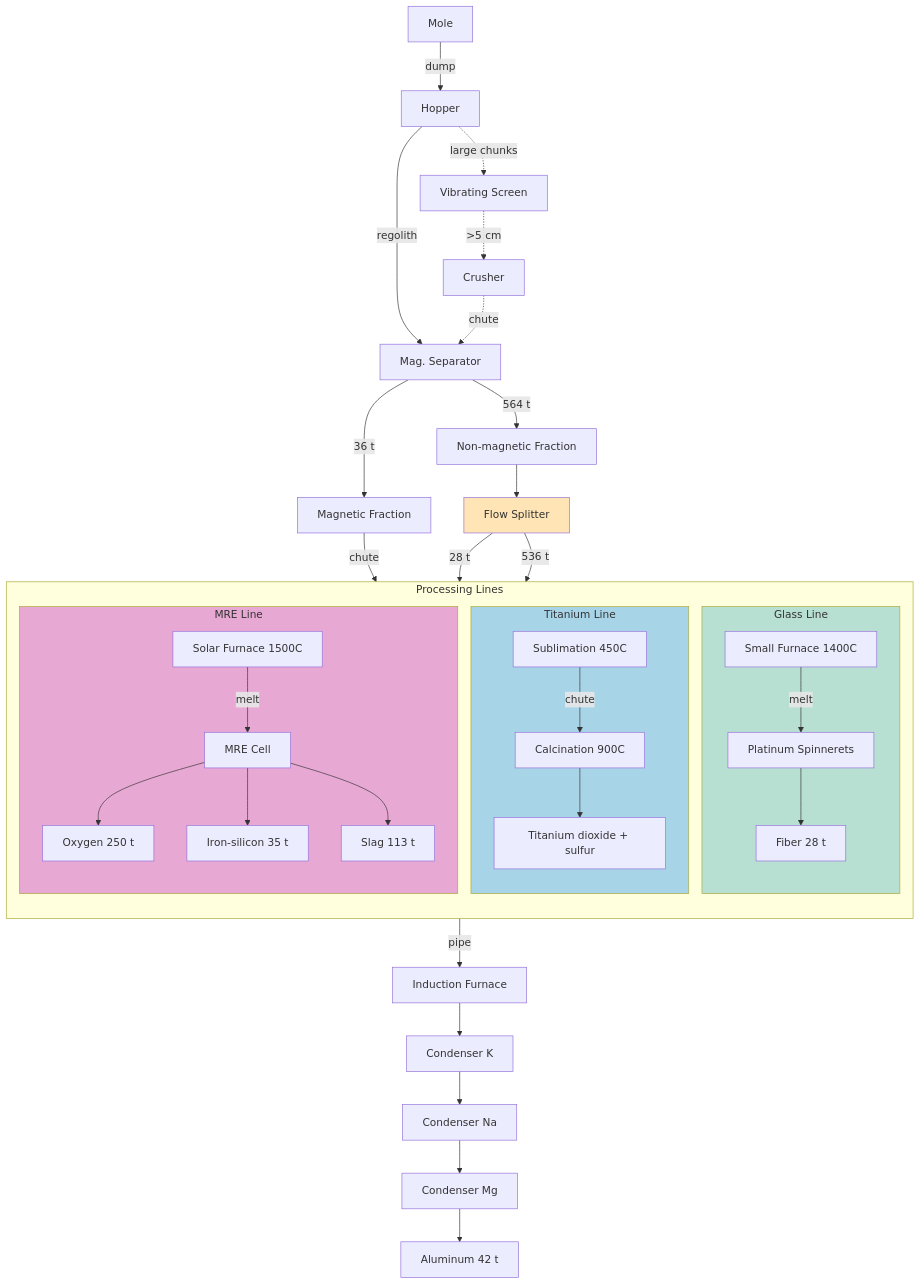
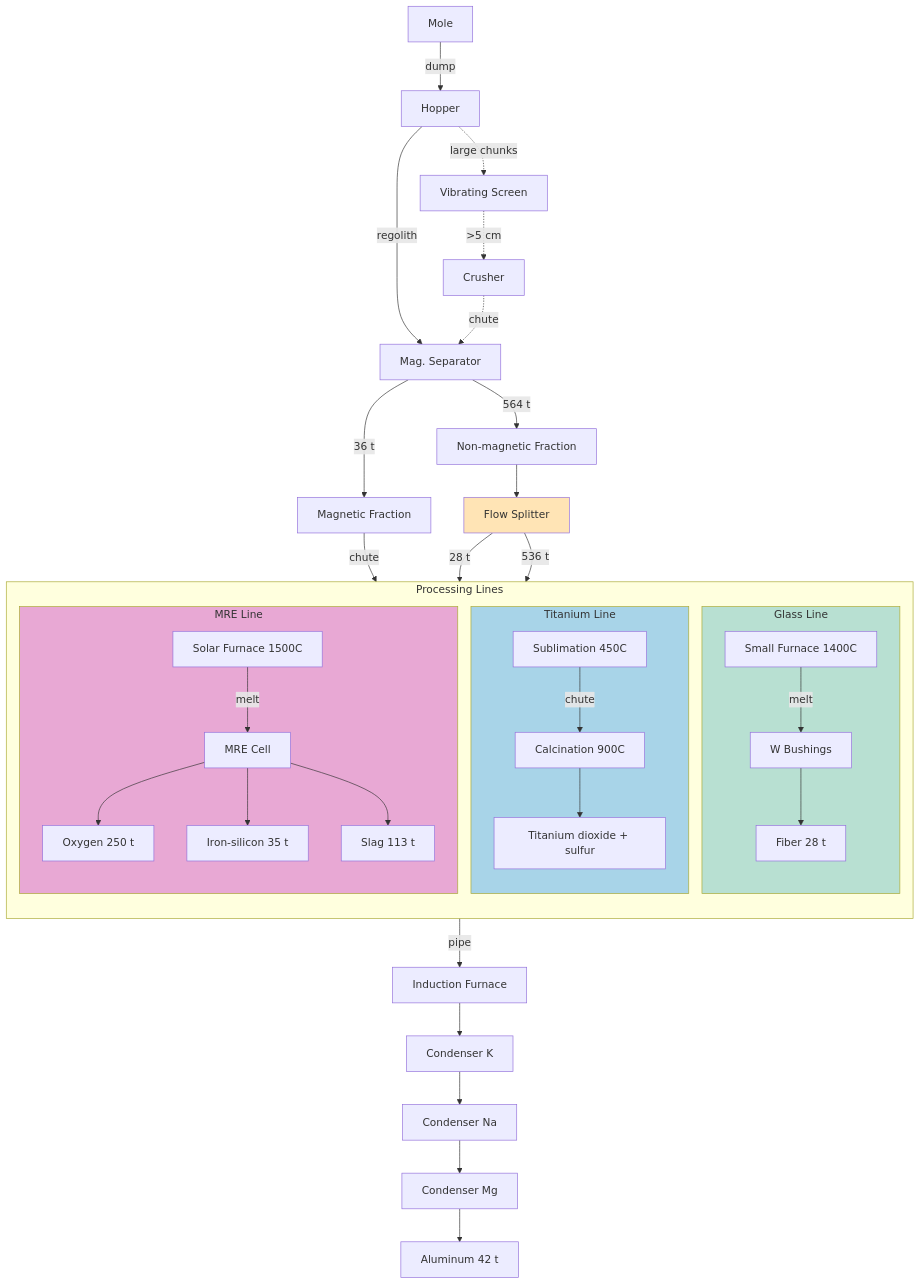
The first of 2 diagrams in en/science/detailed/production/materials/overview.qmd (DmitryNasikanov/infinite-energy), drawn with Mermaid before and after one commit. The commit also changed 10 other files, not shown here.

````diff
--- a/en/science/detailed/production/materials/overview.qmd
+++ b/en/science/detailed/production/materials/overview.qmd
@@ -38,59 +38,59 @@
 ```{mermaid}
 flowchart TD
     %% EXTRACTION AND PREPARATION
     KROT[Mole] -->|dump| BUN[Hopper]
     BUN -->|regolith| SEP[Mag. Separator]
     BUN -.->|large chunks| GR[Vibrating Screen]
     GR -.->|>5 cm| DR[Crusher]
     DR -.->|chute| SEP
 
     %% SEPARATION - splitting into 2 streams
     SEP -->|36 t| MAGN[Magnetic Fraction]
     SEP -->|564 t| NMAG[Non-magnetic Fraction]
 
     %% FLOW DISTRIBUTOR
     NMAG --> SPLIT[Flow Splitter]
 
     %% PROCESSING LINES
     subgraph LINES[Processing Lines]
         direction TB
 
         subgraph TITANIUM[Titanium Line]
             SF3[Sublimation 450C]
             SF3 -->|chute| TI_OX[Calcination 900C]
             TI_OX --> TI_OUT[Titanium dioxide + sulfur]
         end
 
         subgraph GLASS_LINE[Glass Line]
             SF1[Small Furnace 1400C]
-            SF1 -->|melt| FILT[Platinum Spinnerets]
+            SF1 -->|melt| FILT[W Bushings]
             FILT --> FIBER[Fiber 28 t]
         end
 
         subgraph MRE_LINE[MRE Line]
             SF2[Solar Furnace 1500C]
             SF2 -->|melt| MRE[MRE Cell]
             MRE --> O2[Oxygen 250 t]
             MRE --> FESI[Iron-silicon 35 t]
             MRE --> SLAG[Slag 113 t]
         end
     end
 
     %% Links from separation to furnaces
     MAGN -->|chute| SF3
     SPLIT -->|28 t| SF1
     SPLIT -->|536 t| SF2
 
     %% DISTILLATION
     SLAG -->|pipe| EQU024[Induction Furnace]
     EQU024 --> EQU031[Condenser K]
     EQU031 --> EQU032[Condenser Na]
     EQU032 --> EQU033[Condenser Mg]
     EQU033 --> AL_OUT[Aluminum 42 t]
 
     %% Styles
     style TITANIUM fill:#a8d4e8
     style GLASS_LINE fill:#b8e0d2
     style MRE_LINE fill:#e8a8d4
     style SPLIT fill:#ffe4b5
 ```
````
